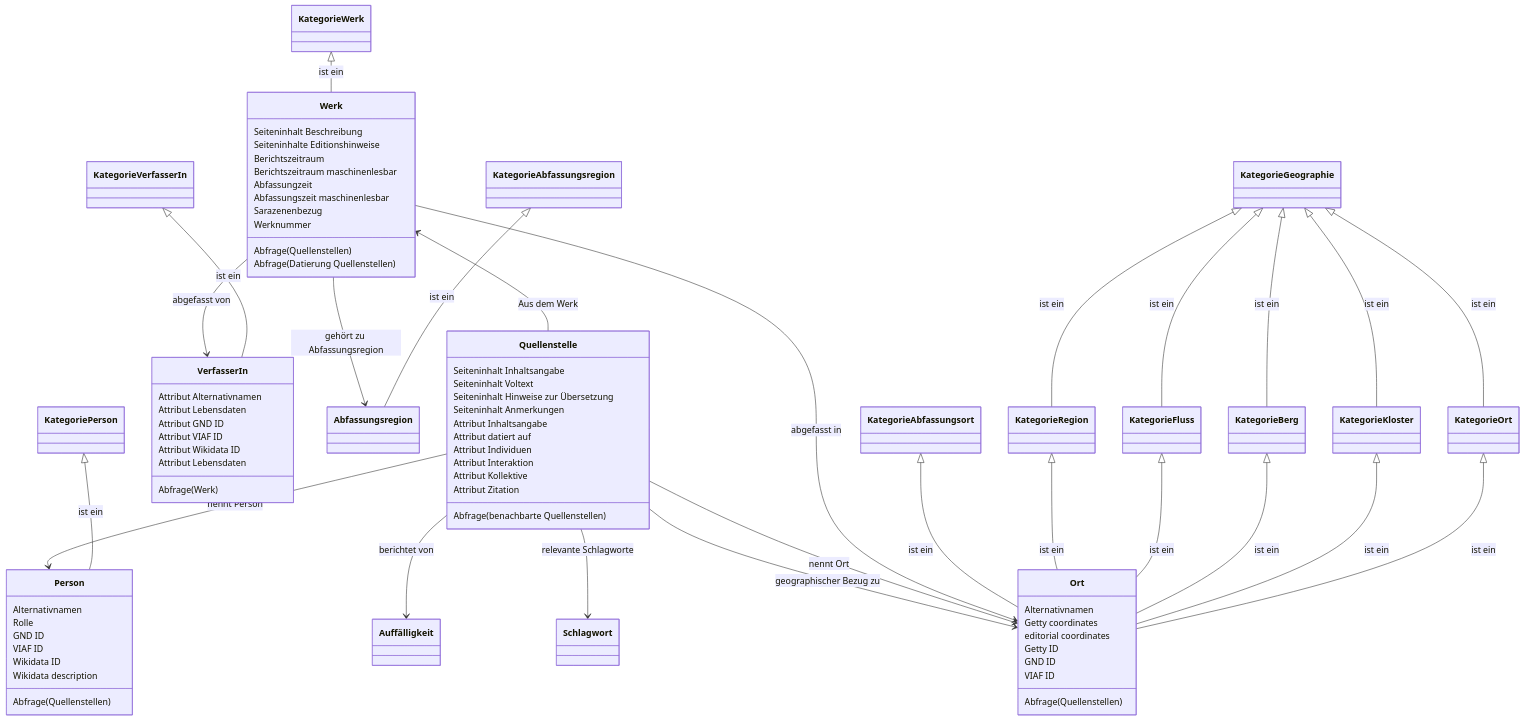
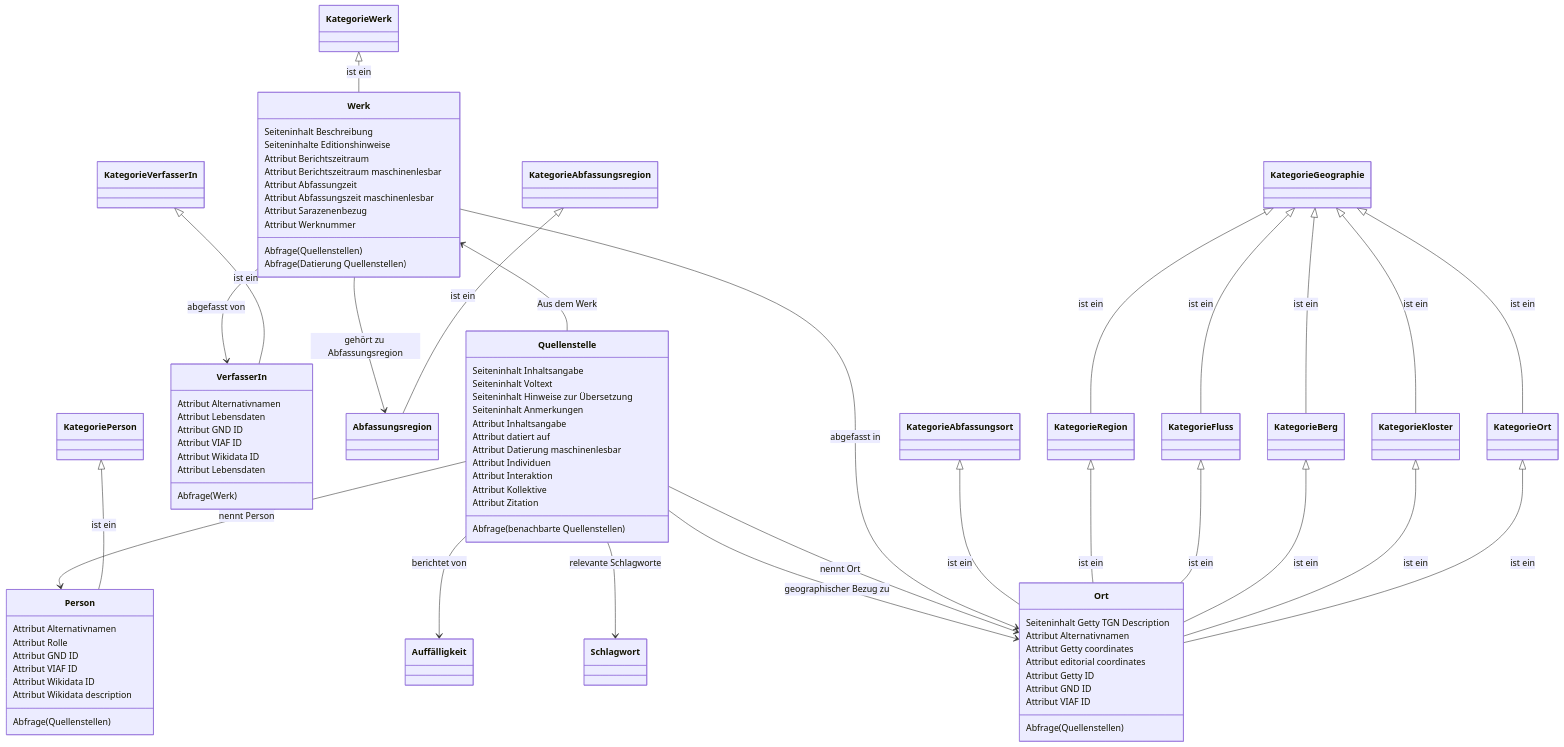
One commit to cceh/sarazenen-wiki changed the diagram in datenmodell/Readme.MD. Above: the diagram before and after it, drawn with Mermaid.

```diff
--- a/datenmodell/Readme.MD
+++ b/datenmodell/Readme.MD
@@ -45,12 +45,12 @@
     class Werk
     Werk: Seiteninhalt Beschreibung
     Werk: Seiteninhalte Editionshinweise
-    Werk: Berichtszeitraum 
-    Werk: Berichtszeitraum maschinenlesbar
-    Werk: Abfassungzeit
-    Werk: Abfassungszeit maschinenlesbar
-    Werk: Sarazenenbezug
-    Werk: Werknummer
+    Werk: Attribut Berichtszeitraum 
+    Werk: Attribut Berichtszeitraum maschinenlesbar
+    Werk: Attribut Abfassungzeit
+    Werk: Attribut Abfassungszeit maschinenlesbar
+    Werk: Attribut Sarazenenbezug
+    Werk: Attribut Werknummer
     Werk <-- Quellenstelle : Aus dem Werk
     Werk --> VerfasserIn : abgefasst von
     Werk --> Ort : abgefasst in
@@ -74,6 +74,7 @@
     Quellenstelle: Seiteninhalt Anmerkungen
     Quellenstelle: Attribut Inhaltsangabe
     Quellenstelle: Attribut datiert auf
+    Quellenstelle: Attribut Datierung maschinenlesbar
     Quellenstelle: Attribut Individuen
     Quellenstelle: Attribut Interaktion
     Quellenstelle: Attribut Kollektive
@@ -86,21 +87,22 @@
     Quellenstelle: Abfrage(benachbarte Quellenstellen)
 
     class Person
-    Person: Alternativnamen
-    Person: Rolle
-    Person: GND ID
-    Person: VIAF ID
-    Person: Wikidata ID
-    Person: Wikidata description
+    Person: Attribut Alternativnamen
+    Person: Attribut Rolle
+    Person: Attribut GND ID
+    Person: Attribut VIAF ID
+    Person: Attribut Wikidata ID
+    Person: Attribut Wikidata description
     Person: Abfrage(Quellenstellen)
 
     class Ort
-    Ort: Alternativnamen
-    Ort: Getty coordinates
-    Ort: editorial coordinates
-    Ort: Getty ID
-    Ort: GND ID
-    Ort: VIAF ID
+    Ort: Seiteninhalt Getty TGN Description
+    Ort: Attribut Alternativnamen
+    Ort: Attribut Getty coordinates
+    Ort: Attribut editorial coordinates
+    Ort: Attribut Getty ID
+    Ort: Attribut GND ID
+    Ort: Attribut VIAF ID
     Ort: Abfrage(Quellenstellen)
     
     class Auffälligkeit
```
